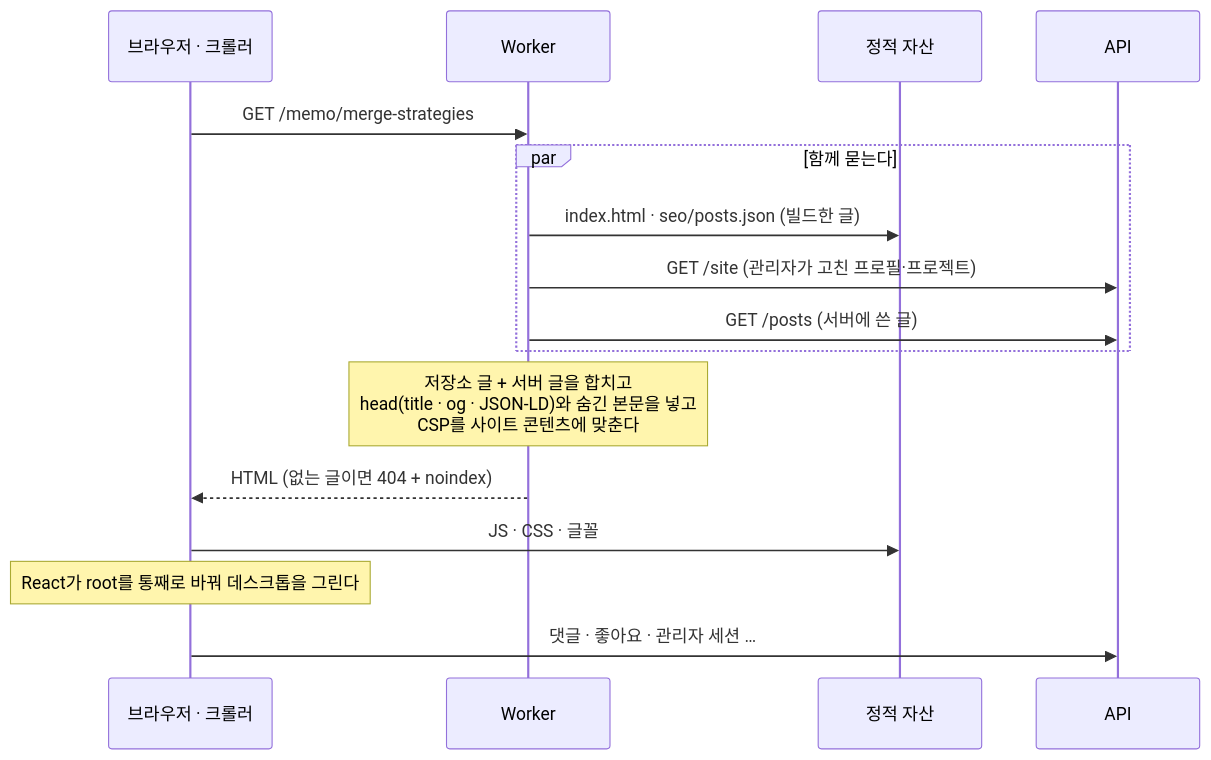
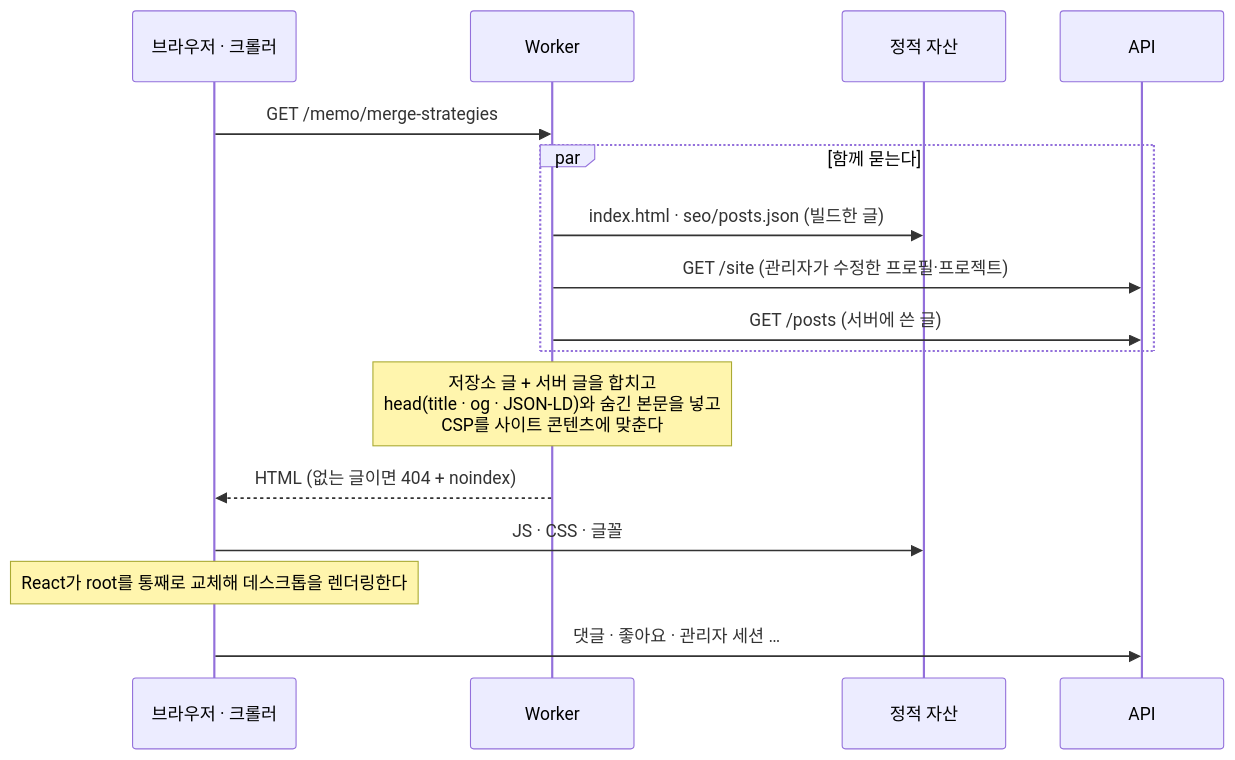
One commit to hyeoniverse/MacFolio changed the third of 5 diagrams in README.md. Above: the diagram before and after it, drawn with Mermaid. The commit also changed other lines of this file and 7 other files, not shown here.

````diff
--- a/README.md
+++ b/README.md
@@ -298,19 +298,19 @@
 ```mermaid
 sequenceDiagram
     participant B as 브라우저 · 크롤러
     participant W as Worker
     participant S as 정적 자산
     participant A as API
 
     B->>W: GET /memo/merge-strategies
     par 함께 묻는다
         W->>S: index.html · seo/posts.json (빌드한 글)
-        W->>A: GET /site (관리자가 고친 프로필·프로젝트)
+        W->>A: GET /site (관리자가 수정한 프로필·프로젝트)
         W->>A: GET /posts (서버에 쓴 글)
     end
     Note over W: 저장소 글 + 서버 글을 합치고<br/>head(title · og · JSON-LD)와 숨긴 본문을 넣고<br/>CSP를 사이트 콘텐츠에 맞춘다
     W-->>B: HTML (없는 글이면 404 + noindex)
     B->>S: JS · CSS · 글꼴
-    Note over B: React가 root를 통째로 바꿔 데스크톱을 그린다
+    Note over B: React가 root를 통째로 교체해 데스크톱을 렌더링한다
     B->>A: 댓글 · 좋아요 · 관리자 세션 …
 ```
````
